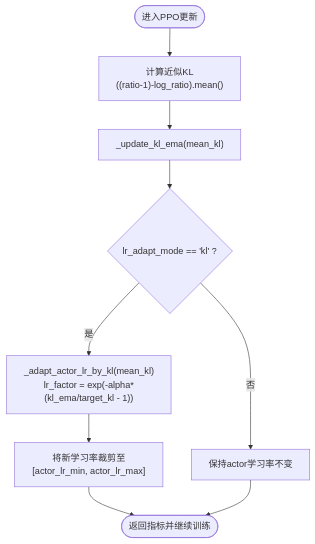
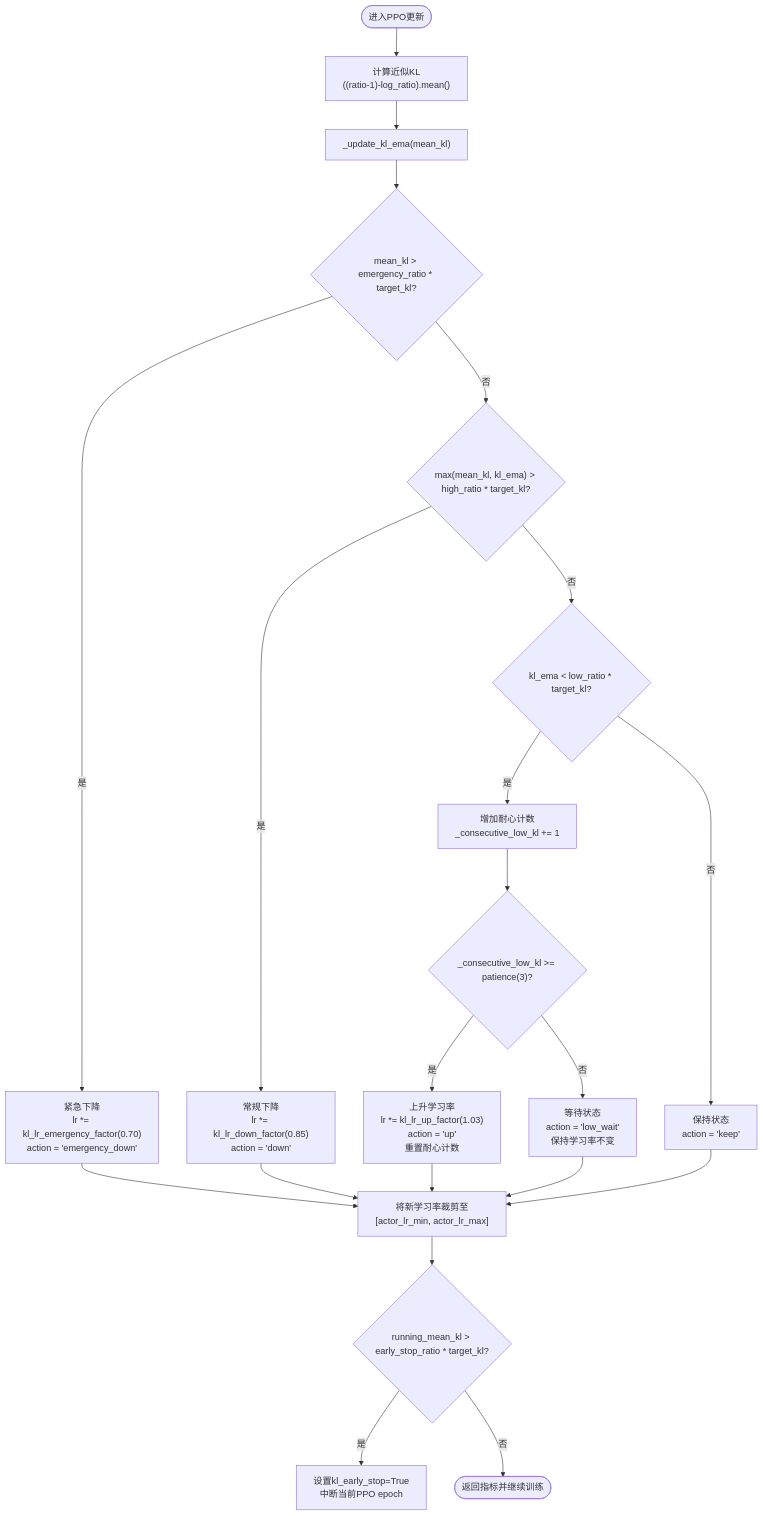
One commit to xixi10001/self_Adaptive changed the third of 4 diagrams in .qoder/repowiki/zh/content/项目概述/核心功能特性/CTDE-PPO算法实现/PPO算法核心实现/KL散度监控与自适应学习率.md. Above: the diagram before and after it, drawn with Mermaid. The commit also changed other lines of this file and 94 other files, not shown here.

````diff
--- a/.qoder/repowiki/zh/content/项目概述/核心功能特性/CTDE-PPO算法实现/PPO算法核心实现/KL散度监控与自适应学习率.md
+++ b/.qoder/repowiki/zh/content/项目概述/核心功能特性/CTDE-PPO算法实现/PPO算法核心实现/KL散度监控与自适应学习率.md
@@ -115,11 +133,23 @@
 ```mermaid
 flowchart TD
 Start(["进入PPO更新"]) --> ComputeKL["计算近似KL<br/>((ratio-1)-log_ratio).mean()"]
 ComputeKL --> UpdateEMA["_update_kl_ema(mean_kl)"]
-UpdateEMA --> Mode{"lr_adapt_mode == 'kl' ?"}
-Mode --> |是| AdaptLR["_adapt_actor_lr_by_kl(mean_kl)<br/>lr_factor = exp(-alpha*(kl_ema/target_kl - 1))"]
-Mode --> |否| KeepLR["保持actor学习率不变"]
-AdaptLR --> ClipLR["将新学习率裁剪至[actor_lr_min, actor_lr_max]"]
-ClipLR --> End(["返回指标并继续训练"])
-KeepLR --> End
+UpdateEMA --> EmergencyCheck{"mean_kl > emergency_ratio * target_kl?"}
+EmergencyCheck --> |是| EmergencyDown["紧急下降<br/>lr *= kl_lr_emergency_factor(0.70)<br/>action = 'emergency_down'"]
+EmergencyCheck --> |否| HighCheck{"max(mean_kl, kl_ema) > high_ratio * target_kl?"}
+HighCheck --> |是| NormalDown["常规下降<br/>lr *= kl_lr_down_factor(0.85)<br/>action = 'down'"]
+HighCheck --> |否| LowCheck{"kl_ema < low_ratio * target_kl?"}
+LowCheck --> |是| PatienceCount["增加耐心计数<br/>_consecutive_low_kl += 1"]
+PatienceCount --> PatienceCheck{"_consecutive_low_kl >= patience(3)?"}
+PatienceCheck --> |是| UpAction["上升学习率<br/>lr *= kl_lr_up_factor(1.03)<br/>action = 'up'<br/>重置耐心计数"]
+PatienceCheck --> |否| WaitAction["等待状态<br/>action = 'low_wait'<br/>保持学习率不变"]
+LowCheck --> |否| KeepAction["保持状态<br/>action = 'keep'"]
+EmergencyDown --> ClipLR["将新学习率裁剪至[actor_lr_min, actor_lr_max]"]
+NormalDown --> ClipLR
+UpAction --> ClipLR
+WaitAction --> ClipLR
+KeepAction --> ClipLR
+ClipLR --> EarlyStopCheck{"running_mean_kl > early_stop_ratio * target_kl?"}
+EarlyStopCheck --> |是| EarlyStop["设置kl_early_stop=True<br/>中断当前PPO epoch"]
+EarlyStopCheck --> |否| End(["返回指标并继续训练"])
 ```
````
